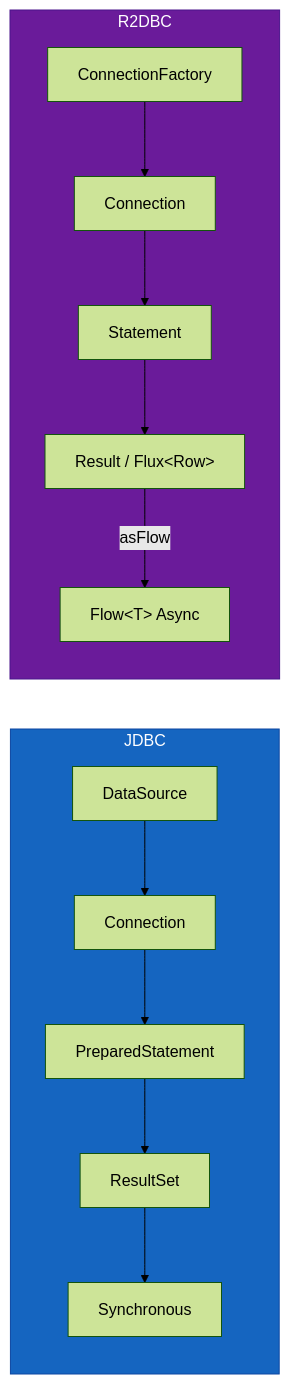
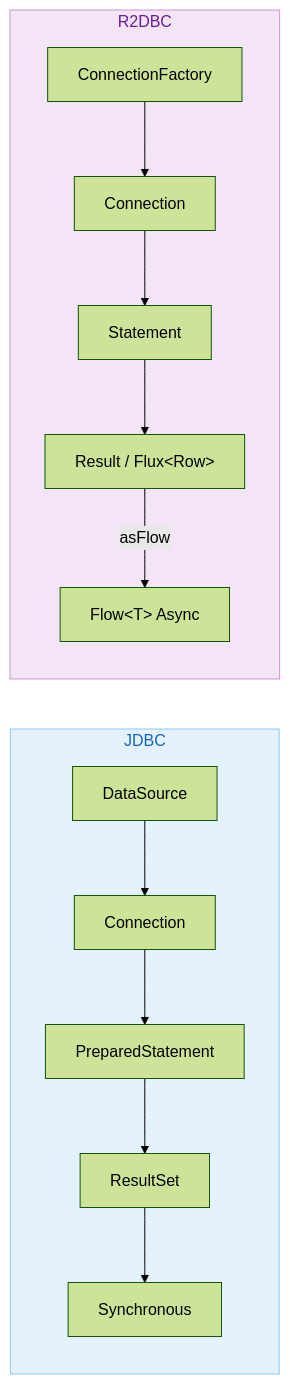
Before and after one commit to bluetape4k/bluetape4k-projects: the fourth of 4 diagrams in data/r2dbc/README.md, drawn with Mermaid (forest theme). The commit also changed other lines of this file and 219 other files, not shown here.

First line of the commit message:
docs: 전체 README Mermaid 다이어그램 가이드 적용

````diff
--- a/data/r2dbc/README.md
+++ b/data/r2dbc/README.md
@@ -387,21 +381,21 @@
 ```mermaid
 flowchart LR
     subgraph JDBC
         A1[DataSource] --> A2[Connection]
         A2 --> A3[PreparedStatement]
         A3 --> A4[ResultSet]
         A4 --> A5[Synchronous]
     end
     subgraph R2DBC
         B1[ConnectionFactory] --> B2[Connection]
         B2 --> B3[Statement]
         B3 --> B4["Result / Flux&lt;Row&gt;"]
         B4 -->|asFlow| B5["Flow&lt;T&gt; Async"]
     end
 
-    classDef jdbcStyle fill:#1565C0,stroke:#0D47A1,color:#FFFFFF
-    classDef r2dbcStyle fill:#6A1B9A,stroke:#4A148C,color:#FFFFFF
+    classDef jdbcStyle fill:#E3F2FD,stroke:#90CAF9,color:#1565C0
+    classDef r2dbcStyle fill:#F3E5F5,stroke:#CE93D8,color:#6A1B9A
 
     class JDBC jdbcStyle
     class R2DBC r2dbcStyle
 ```
````
